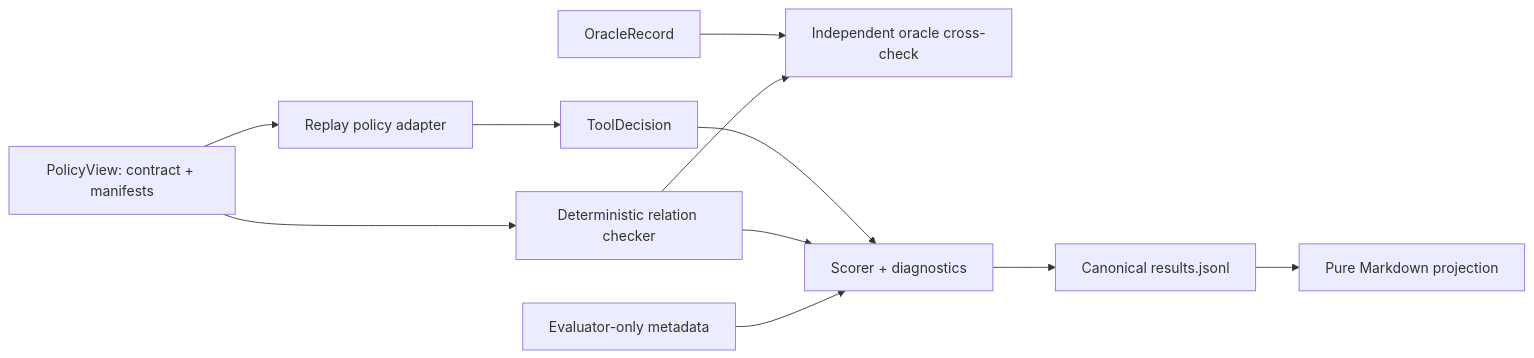
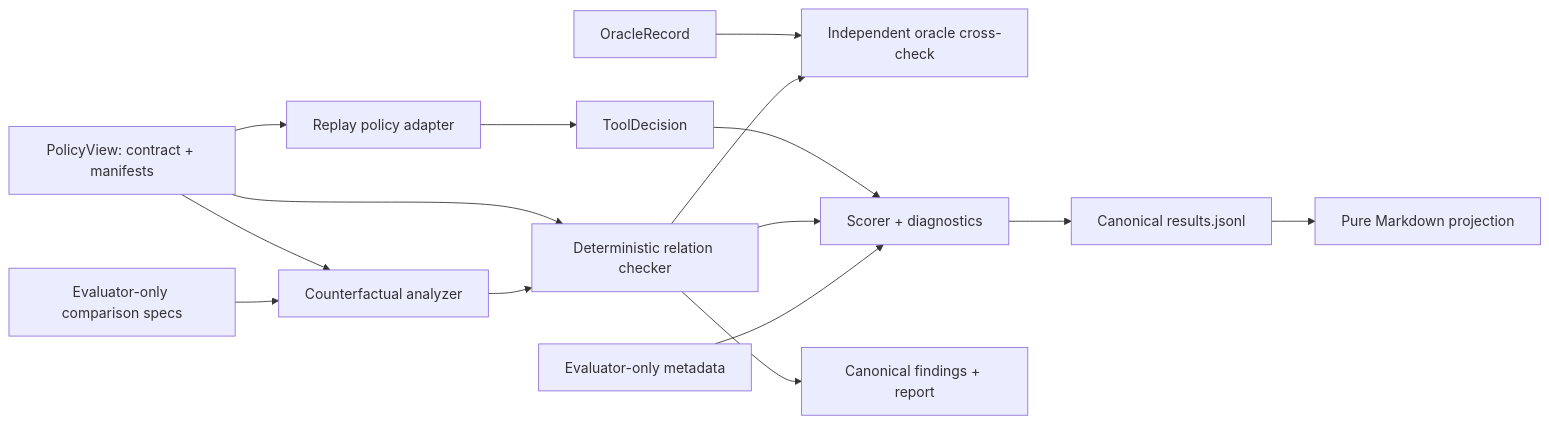
Before and after one commit to eriksrice/tool-choice-contract-trial: the diagram in README.md, drawn with Mermaid. The commit also changed other lines of this file and 24 other files, not shown here.

````diff
--- a/README.md
+++ b/README.md
@@ -17,16 +17,21 @@
 ```mermaid
 flowchart LR
     V["PolicyView: contract + manifests"] --> P["Replay policy adapter"]
     P --> D["ToolDecision"]
 
     V --> C["Deterministic relation checker"]
     O["OracleRecord"] --> X["Independent oracle cross-check"]
     C --> X
 
     D --> S["Scorer + diagnostics"]
     C --> S
     M["Evaluator-only metadata"] --> S
 
     S --> J["Canonical results.jsonl"]
     J --> R["Pure Markdown projection"]
+
+    V --> A["Counterfactual analyzer"]
+    Q["Evaluator-only comparison specs"] --> A
+    A --> C
+    C --> F["Canonical findings + report"]
 ```
````
